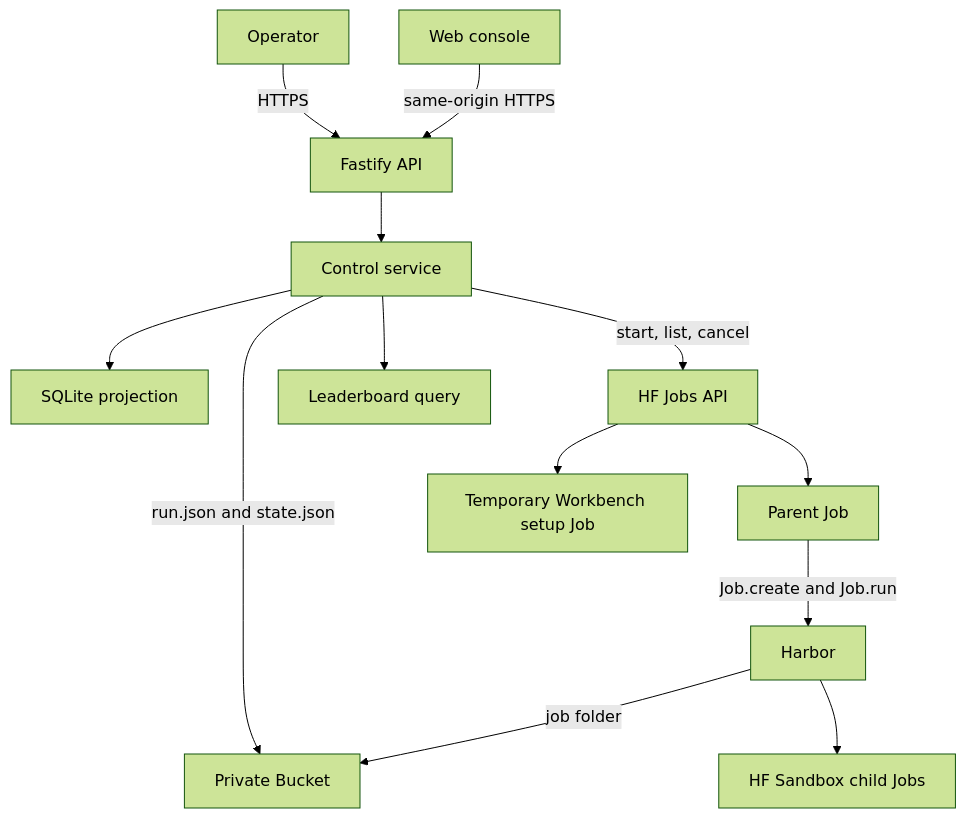
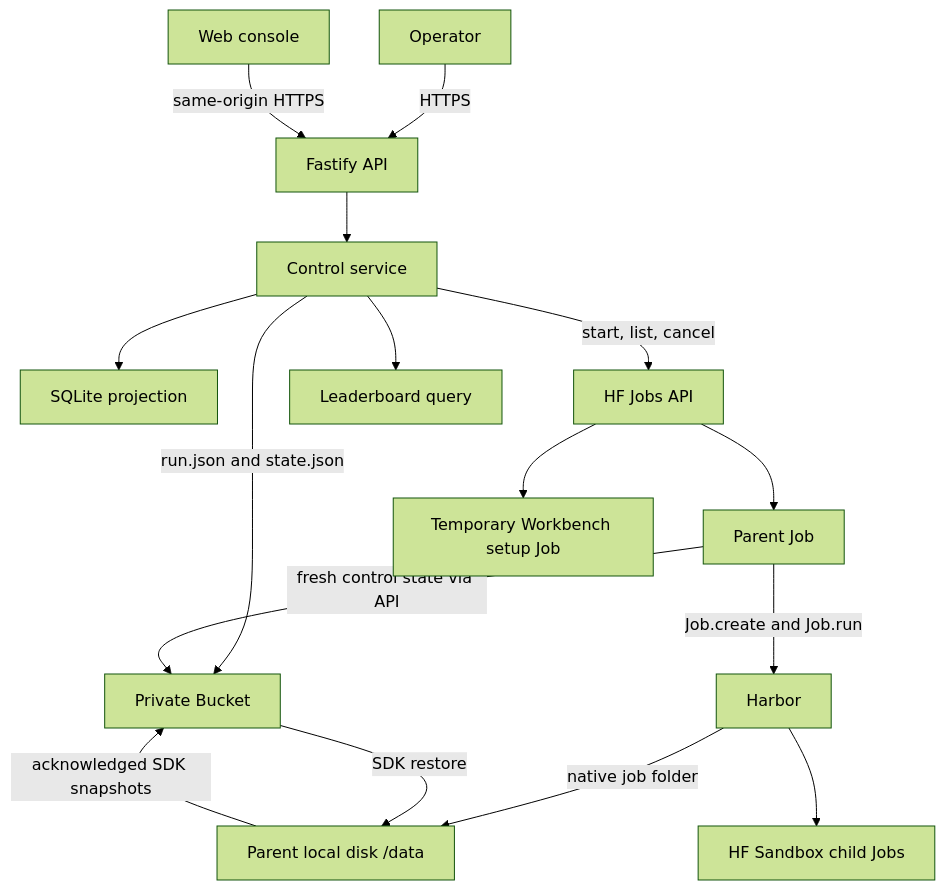
The diagram in docs/architecture.md (huggingface/harbor-hf), drawn with Mermaid (forest theme) before and after one commit. The commit also changed other lines of this file and 20 other files, not shown here.

````diff
--- a/docs/architecture.md
+++ b/docs/architecture.md
@@ -42,15 +42,18 @@
 ```mermaid
 flowchart TD
     O[Operator] -->|HTTPS| API[Fastify API]
     W[Web console] -->|same-origin HTTPS| API
     API --> CS[Control service]
     CS -->|run.json and state.json| B[Private Bucket]
     CS --> DB[SQLite projection]
     CS -->|start, list, cancel| HF[HF Jobs API]
     HF --> P[Parent Job]
     HF --> T[Temporary Workbench setup Job]
     P -->|Job.create and Job.run| H[Harbor]
     H --> C[HF Sandbox child Jobs]
-    H -->|job folder| B
+    H -->|native job folder| D[Parent local disk /data]
+    B -->|SDK restore| D
+    D -->|acknowledged SDK snapshots| B
+    P -->|fresh control state via API| B
     CS --> L[Leaderboard query]
 ```
````
